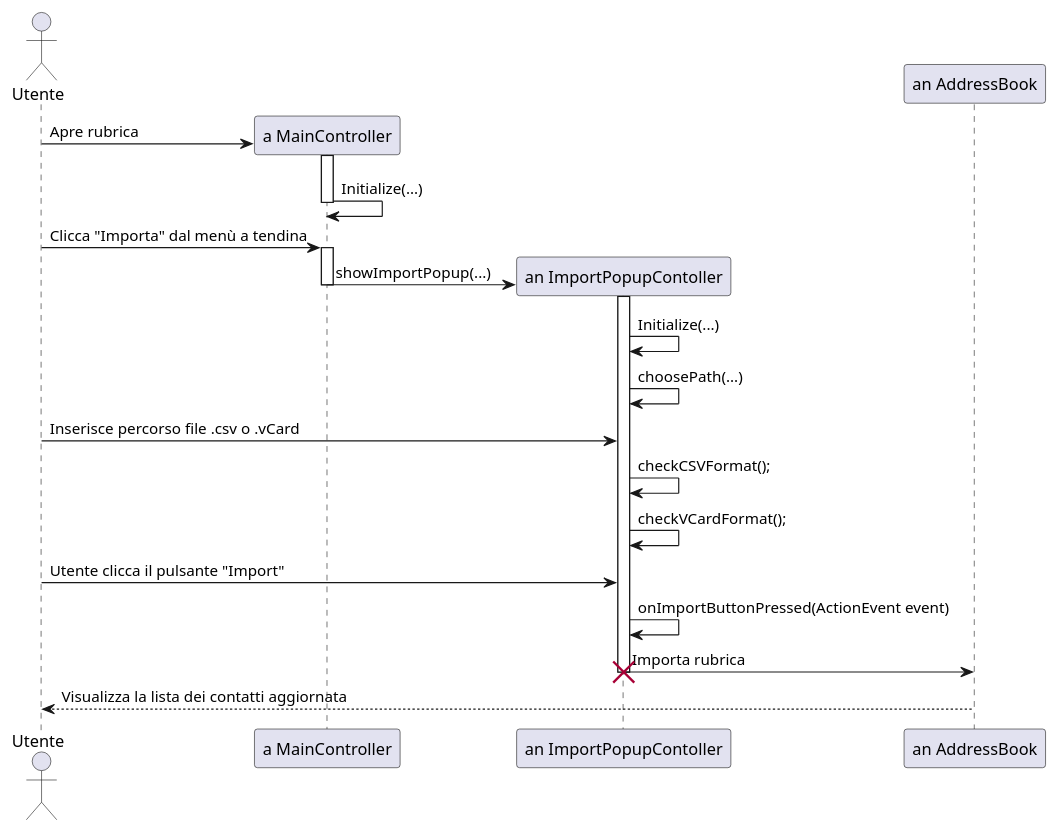
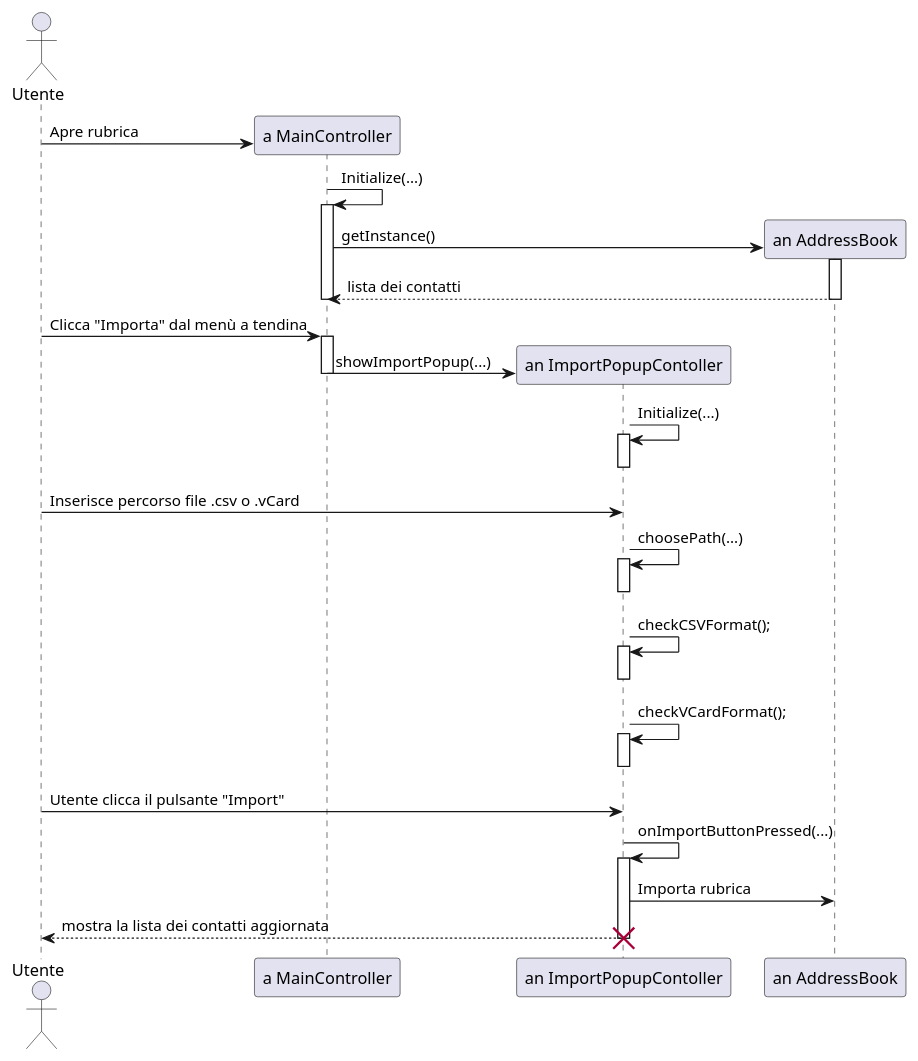
Before and after one commit to savaava/ProgettoRubrica: the diagram in documenti/diagrammaSequenzaC5ImportareRubrica.puml, drawn with PlantUML. The commit also changed 1 other file, not shown here.

Commit message:
refactor di diagrammi di sequenza

```diff
--- a/documenti/diagrammaSequenzaC5ImportareRubrica.puml
+++ b/documenti/diagrammaSequenzaC5ImportareRubrica.puml
@@ -1,29 +1,44 @@
 @startuml C5ImportareRubrica
 
 actor Utente as u
 participant "a MainController" as mc
 participant "an ImportPopupContoller" as ipc
 participant "an AddressBook" as ab
 
 u -> mc ** : Apre rubrica
+mc -> mc : Initialize(...)
 activate mc
-mc -> mc : Initialize(...)
+
+mc -> ab ** : getInstance()
+activate ab
+ab --> mc : lista dei contatti
+deactivate ab
+
 deactivate mc
 
 u -> mc : Clicca "Importa" dal menù a tendina
 activate mc
 mc -> ipc ** : showImportPopup(...)
 deactivate mc
+ipc -> ipc : Initialize(...)
 activate ipc
-ipc -> ipc : Initialize(...)
+deactivate ipc
+u -> ipc : Inserisce percorso file .csv o .vCard
 ipc -> ipc : choosePath(...)
-u -> ipc : Inserisce percorso file .csv o .vCard
+activate ipc
+deactivate ipc
 ipc -> ipc : checkCSVFormat();
+activate ipc
+deactivate ipc
 ipc -> ipc : checkVCardFormat();
+activate ipc
+deactivate ipc
 u -> ipc : Utente clicca il pulsante "Import"
-ipc -> ipc : onImportButtonPressed(ActionEvent event)
-ipc -> ab : Importa rubrica
+ipc -> ipc : onImportButtonPressed(...)
+activate ipc
+ipc -> ab : Importa rubrica 
+ipc --> u : mostra la lista dei contatti aggiornata
+deactivate ipc
 destroy ipc
-ab --> u : Visualizza la lista dei contatti aggiornata
 
 @enduml
```
